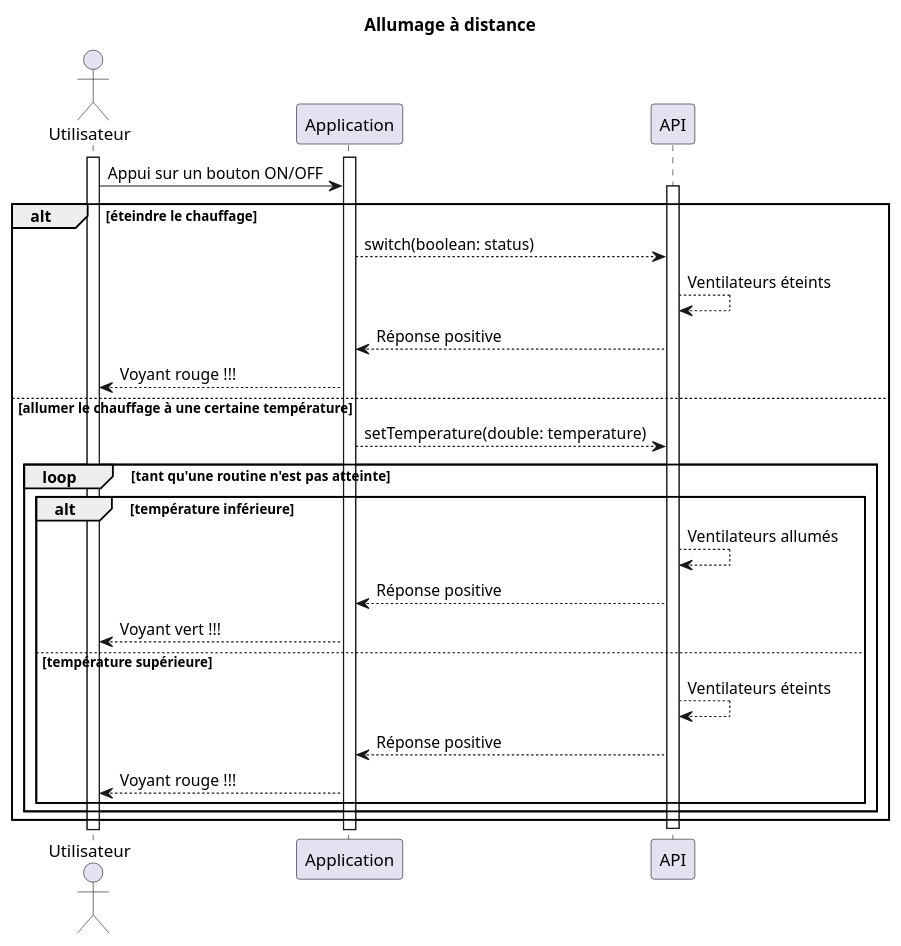
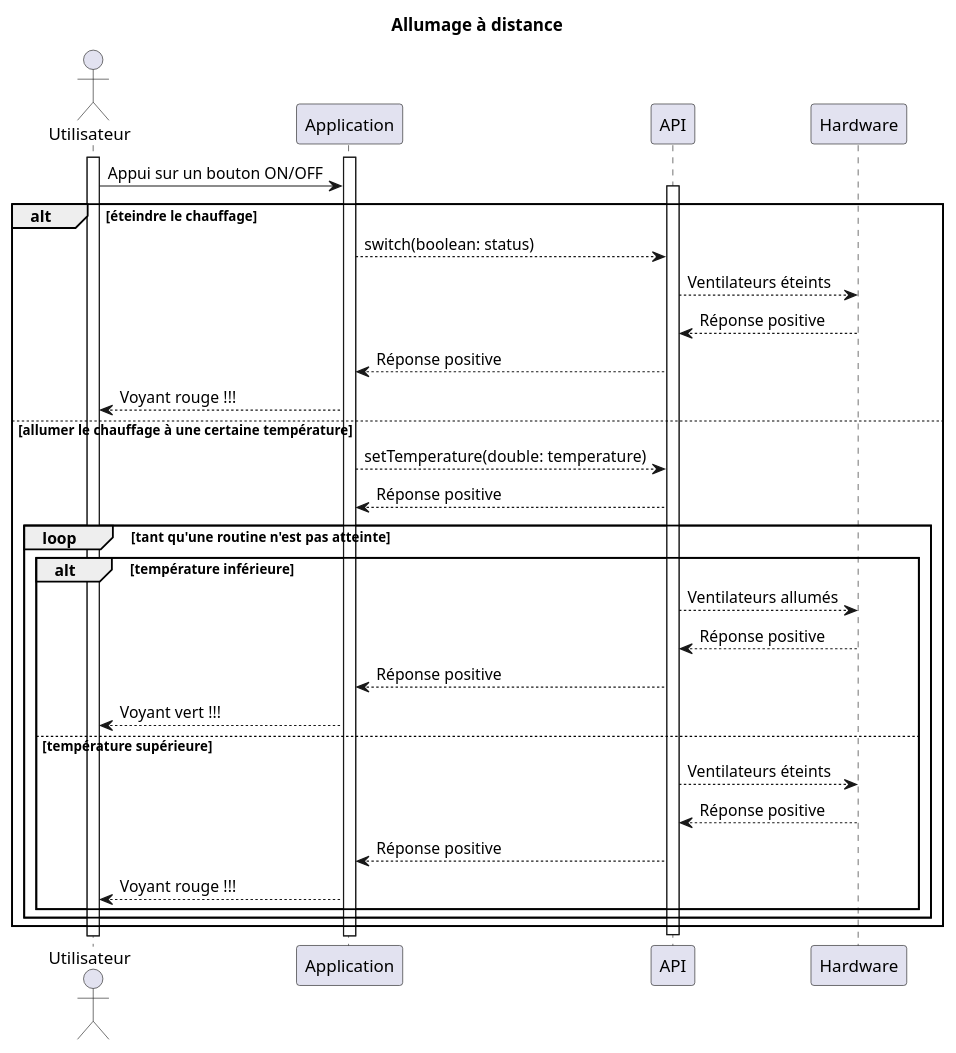
One commit to chauffapagnan/documentation changed the diagram in diagrams/seq/turn_on_heating.puml. Above: the diagram before and after it, drawn with PlantUML. The commit also changed 4 other files, not shown here.

Commit message:
📝 mise à jour des diagrammes de séquence

```diff
--- a/diagrams/seq/turn_on_heating.puml
+++ b/diagrams/seq/turn_on_heating.puml
@@ -1,39 +1,44 @@
 @startuml
 
 title Allumage à distance
 
 actor Utilisateur
 
 activate Utilisateur
 activate Application
 participant API
+participant Hardware
 
 Utilisateur -> Application: Appui sur un bouton ON/OFF
 
 
 activate API
 alt éteindre le chauffage
     Application --> API: switch(boolean: status)
-    API --> API: Ventilateurs éteints
+    API --> Hardware: Ventilateurs éteints
+    Hardware --> API: Réponse positive
     API --> Application: Réponse positive
     Application --> Utilisateur: Voyant rouge !!!
 
 else allumer le chauffage à une certaine température
     Application --> API: setTemperature(double: temperature)
+    API --> Application: Réponse positive
 
     loop tant qu'une routine n'est pas atteinte
         alt température inférieure
-            API --> API: Ventilateurs allumés
+            API --> Hardware: Ventilateurs allumés
+            Hardware --> API: Réponse positive
             API --> Application: Réponse positive
             Application --> Utilisateur: Voyant vert !!!
         else température supérieure
-            API --> API: Ventilateurs éteints
+            API --> Hardware: Ventilateurs éteints
+            Hardware --> API: Réponse positive
             API --> Application: Réponse positive
             Application --> Utilisateur: Voyant rouge !!!
         end
     end
 end
 
 deactivate API
 
 @enduml
```
